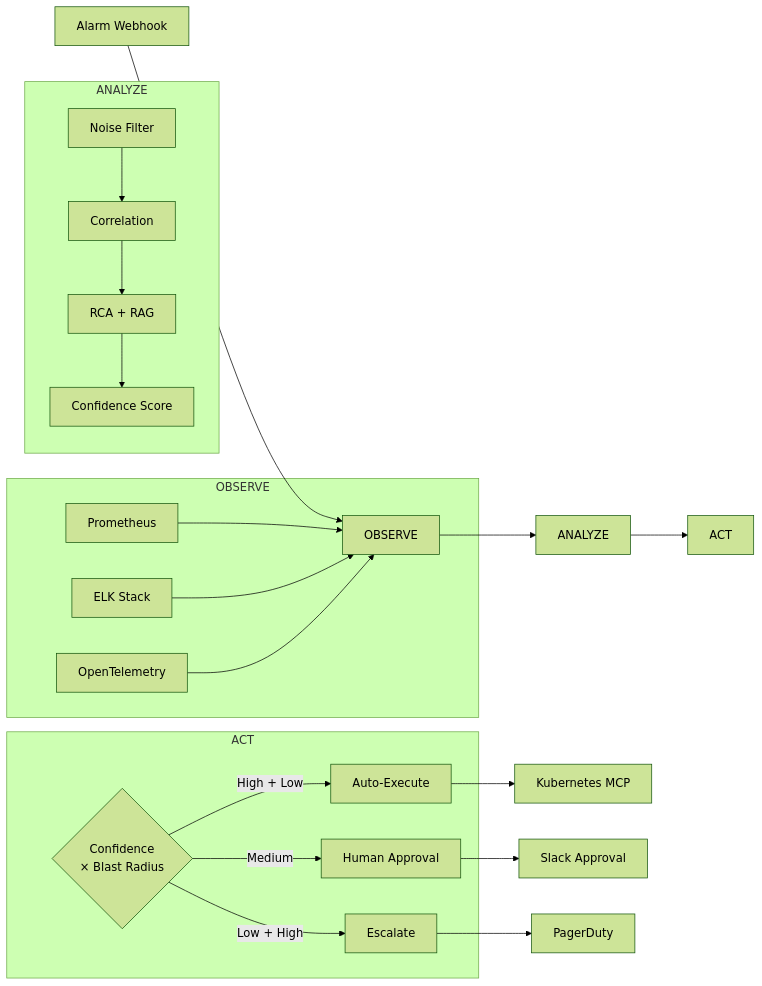
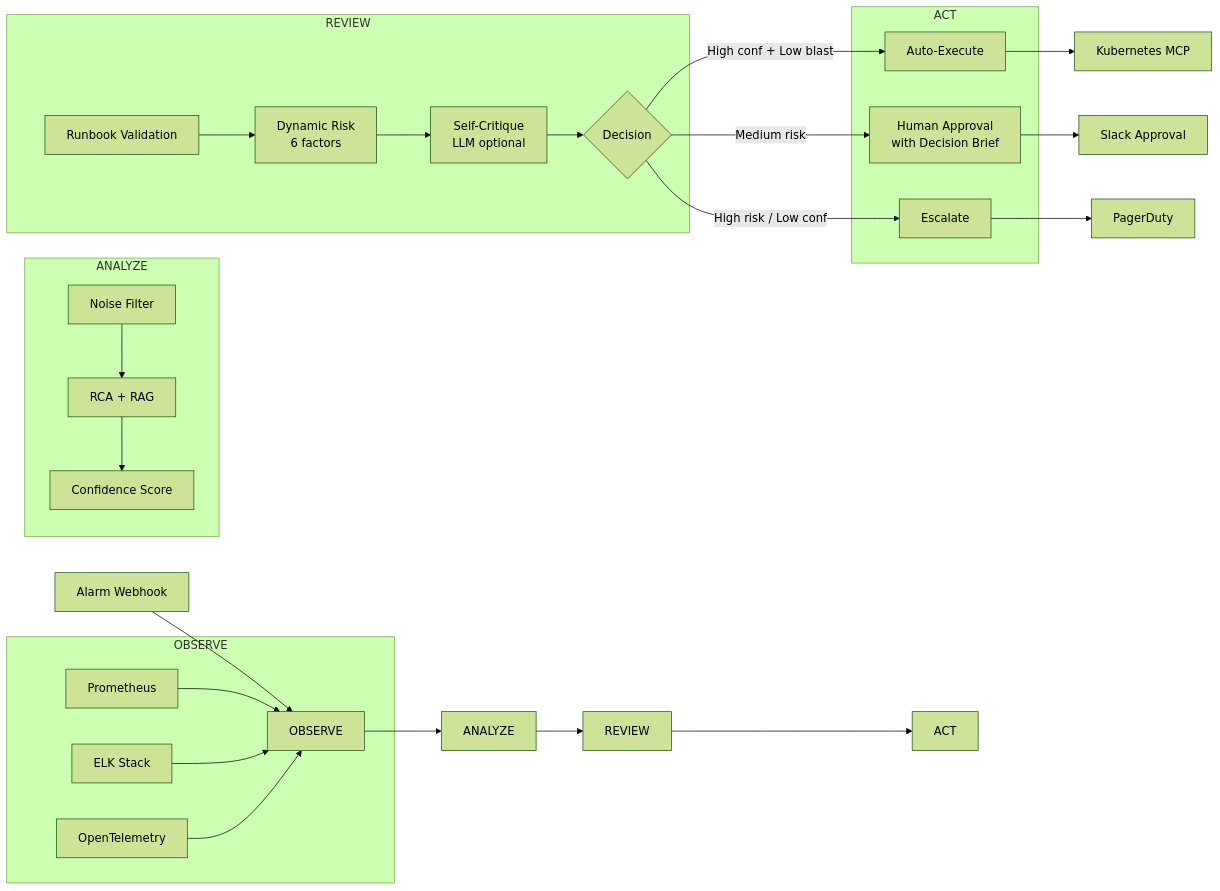
One commit to SreeGD/reflex changed the first of 8 diagrams in README.md. Above: the diagram before and after it, drawn with Mermaid (forest theme). The commit also changed other lines of this file and 14 other files, not shown here.

First line of the commit message:
Add Review Agent with dynamic risk assessment and decision briefs

````diff
--- a/README.md
+++ b/README.md
@@ -88,29 +88,34 @@
 ```mermaid
 graph LR
     A[Alarm Webhook] --> B[OBSERVE]
     B --> C[ANALYZE]
-    C --> D[ACT]
+    C --> R[REVIEW]
+    R --> D[ACT]
 
     subgraph OBSERVE
         B1[Prometheus] --> B
         B2[ELK Stack] --> B
         B3[OpenTelemetry] --> B
     end
 
     subgraph ANALYZE
-        C1[Noise Filter] --> C2[Correlation]
-        C2 --> C3[RCA + RAG]
-        C3 --> C4[Confidence Score]
+        C1[Noise Filter] --> C2[RCA + RAG]
+        C2 --> C3[Confidence Score]
+    end
+
+    subgraph REVIEW
+        R1[Runbook Validation] --> R2[Dynamic Risk<br/>6 factors]
+        R2 --> R3[Self-Critique<br/>LLM optional]
+        R3 --> R4{Decision}
     end
 
     subgraph ACT
-        D1{Confidence<br/>× Blast Radius}
-        D1 -->|High + Low| D2[Auto-Execute]
-        D1 -->|Medium| D3[Human Approval]
-        D1 -->|Low + High| D4[Escalate]
+        R4 -->|High conf + Low blast| D2[Auto-Execute]
+        R4 -->|Medium risk| D3[Human Approval<br/>with Decision Brief]
+        R4 -->|High risk / Low conf| D4[Escalate]
     end
 
     D2 --> E[Kubernetes MCP]
     D3 --> F[Slack Approval]
     D4 --> G[PagerDuty]
 ```
````
